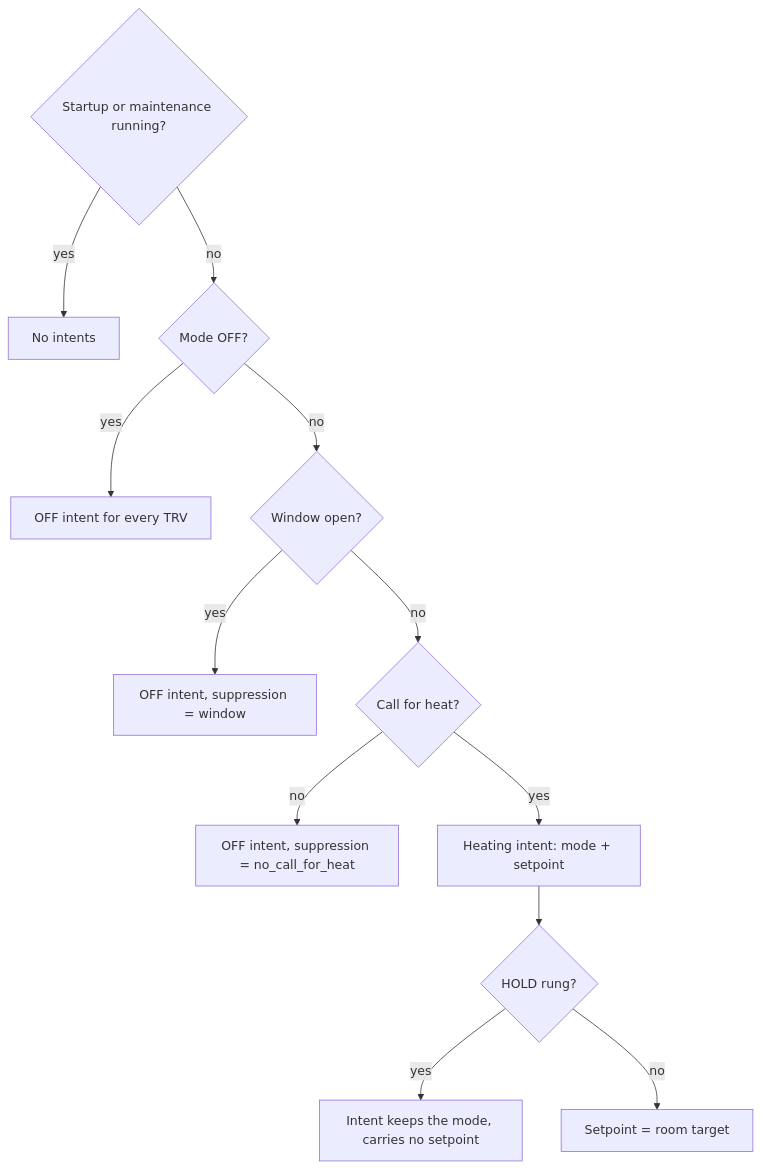
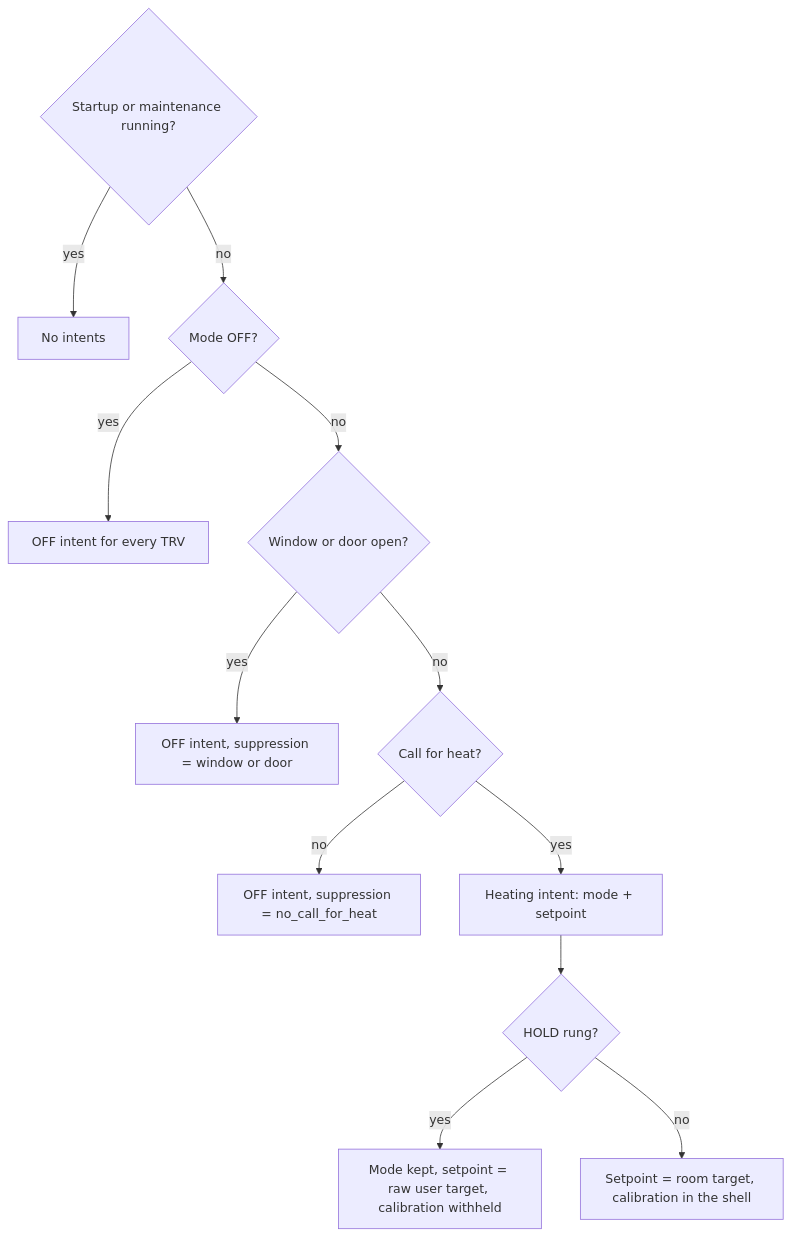
One commit to KartoffelToby/better_thermostat changed the second of 2 diagrams in docs/internals/architecture.md. Above: the diagram before and after it, drawn with Mermaid. The commit also changed 4 other files, not shown here.

First line of the commit message:
docs: describe HOLD target passthrough, the door region, and the maintenance gate

````diff
--- a/docs/internals/architecture.md
+++ b/docs/internals/architecture.md
@@ -80,14 +80,14 @@
 ```mermaid
 flowchart TD
     A{Startup or maintenance running?} -->|yes| A1[No intents]
     A -->|no| B{Mode OFF?}
     B -->|yes| B1[OFF intent for every TRV]
-    B -->|no| C{Window open?}
-    C -->|yes| C1[OFF intent, suppression = window]
+    B -->|no| C{Window or door open?}
+    C -->|yes| C1[OFF intent, suppression = window or door]
     C -->|no| D{Call for heat?}
     D -->|no| D1[OFF intent, suppression = no_call_for_heat]
     D -->|yes| E[Heating intent: mode + setpoint]
     E --> F{HOLD rung?}
-    F -->|yes| F1[Intent keeps the mode, carries no setpoint]
-    F -->|no| F2[Setpoint = room target]
+    F -->|yes| F1[Mode kept, setpoint = raw user target, calibration withheld]
+    F -->|no| F2[Setpoint = room target, calibration in the shell]
 ```
````
